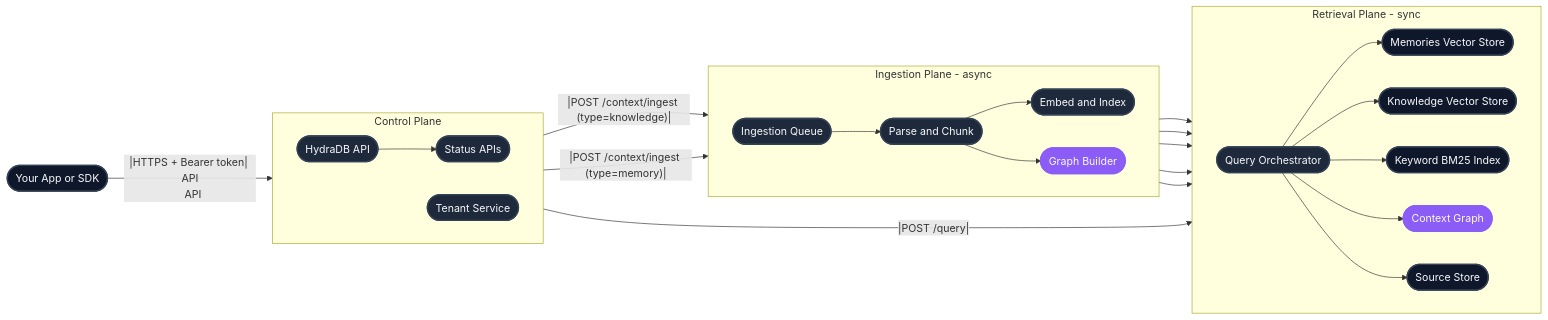
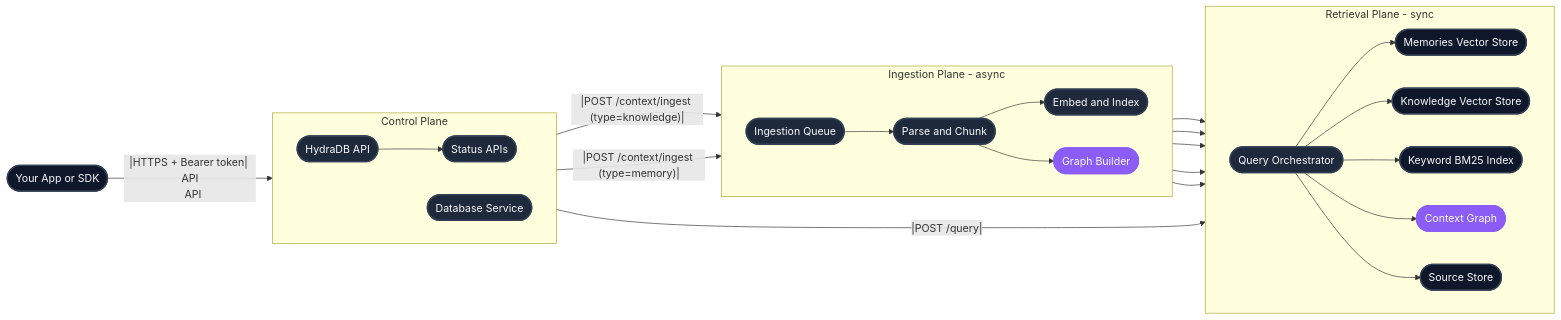
The first of 2 diagrams in essentials/v2/architecture.mdx (donendosted/mintlify-docs), drawn with Mermaid before and after one commit. The commit also changed other lines of this file and 36 other files, not shown here.

````diff
--- a/essentials/v2/architecture.mdx
+++ b/essentials/v2/architecture.mdx
@@ -20,64 +20,64 @@
 ```mermaid
 flowchart LR
   Client([Your App or SDK])
   style Client fill:#0f172a,stroke:#334155,stroke-width:2px,color:#f8fafc,stroke-linecap:round
 
   subgraph Control[Control Plane]
     direction LR
     API([HydraDB API])
-    Tenants([Tenant Service])
+    Databases([Database Service])
     Status([Status APIs])
     style API fill:#1e293b,stroke:#334155,stroke-width:2px,color:#f8fafc,stroke-linecap:round
-    style Tenants fill:#1e293b,stroke:#334155,stroke-width:2px,color:#f8fafc,stroke-linecap:round
+    style Databases fill:#1e293b,stroke:#334155,stroke-width:2px,color:#f8fafc,stroke-linecap:round
     style Status fill:#1e293b,stroke:#334155,stroke-width:2px,color:#f8fafc,stroke-linecap:round
   end
 
   subgraph Ingestion[Ingestion Plane - async]
     direction LR
     Queue([Ingestion Queue])
     Parser([Parse and Chunk])
     Embed([Embed and Index])
     Graph([Graph Builder])
     style Queue fill:#1e293b,stroke:#334155,stroke-width:2px,color:#f8fafc,stroke-linecap:round
     style Parser fill:#1e293b,stroke:#334155,stroke-width:2px,color:#f8fafc,stroke-linecap:round
     style Embed fill:#1e293b,stroke:#334155,stroke-width:2px,color:#f8fafc,stroke-linecap:round
     style Graph fill:#8b5cf6,stroke:#8b5cf6,stroke-width:2px,color:#f8fafc,stroke-linecap:round
   end
 
   subgraph Retrieval[Retrieval Plane - sync]
     direction LR
     Query([Query Orchestrator])
     MemVec([Memories Vector Store])
     KnowVec([Knowledge Vector Store])
     KeywordBM25([Keyword BM25 Index])
     ContextGraph([Context Graph])
     Sources([Source Store])
     style Query fill:#1e293b,stroke:#334155,stroke-width:2px,color:#f8fafc,stroke-linecap:round
     style MemVec fill:#0f172a,stroke:#334155,stroke-width:2px,color:#f8fafc,stroke-linecap:round
     style KnowVec fill:#0f172a,stroke:#334155,stroke-width:2px,color:#f8fafc,stroke-linecap:round
     style KeywordBM25 fill:#0f172a,stroke:#334155,stroke-width:2px,color:#f8fafc,stroke-linecap:round
     style ContextGraph fill:#8b5cf6,stroke:#8b5cf6,stroke-width:2px,color:#f8fafc,stroke-linecap:round
     style Sources fill:#0f172a,stroke:#334155,stroke-width:2px,color:#f8fafc,stroke-linecap:round
   end
 
   Client --|HTTPS + Bearer token| API
-  API --> Tenants
+  API --> Databases
   API --> Status
   API --|POST /context/ingest (type=knowledge)|--> Queue
   API --|POST /context/ingest (type=memory)|--> Queue
   Queue --> Parser
   Parser --> Sources
   Parser --> Embed
   Embed --> MemVec
   Embed --> KnowVec
   Embed --> KeywordBM25
   Parser --> Graph
   Graph --> ContextGraph
 
   API --|POST /query|--> Query
   Query --> MemVec
   Query --> KnowVec
   Query --> KeywordBM25
   Query --> ContextGraph
   Query --> Sources
 ```
````
